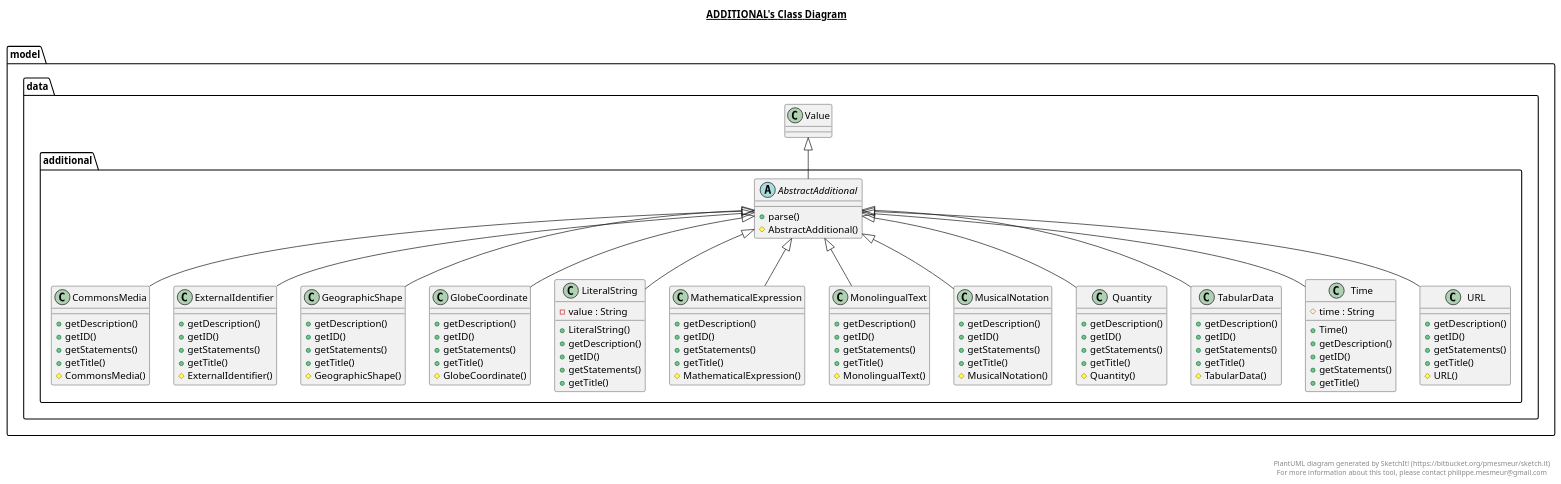
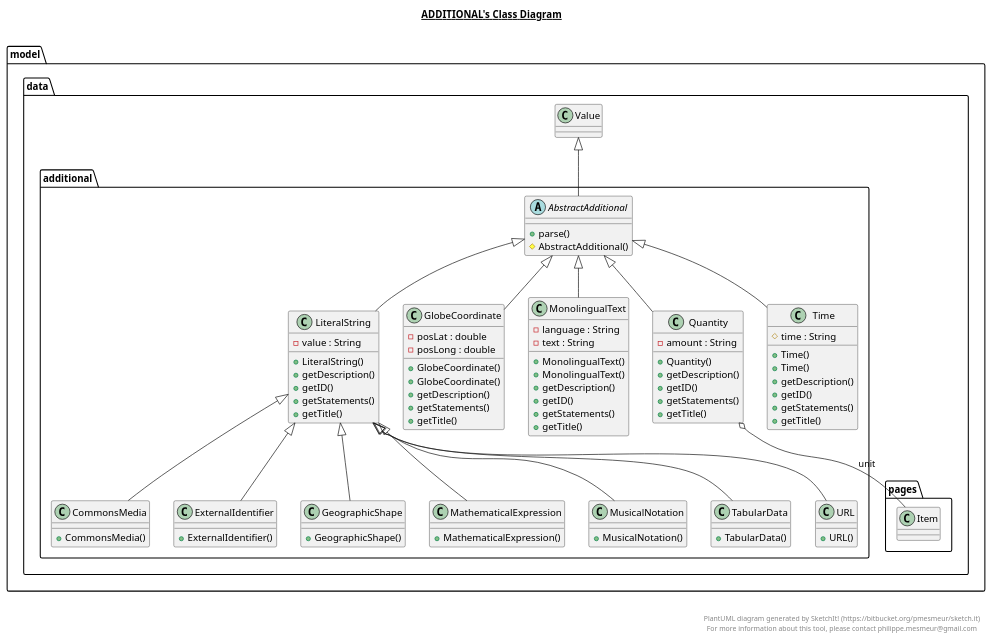
Before and after one commit to Bryce-MW/WikidataExplorer: the diagram in src/main/model/data/additional/additional.plantuml, drawn with PlantUML. The commit also changed 28 other files, not shown here.

Commit message:
Tested about as much as can reasonably be done without a lot of reflection. I've also updated diagrams, added an image diagram to the top level and a screenshot of my original UI design to the top level.

```diff
--- a/src/main/model/data/additional/additional.plantuml
+++ b/src/main/model/data/additional/additional.plantuml
@@ -1,195 +1,175 @@
 @startuml
 
 title __ADDITIONAL's Class Diagram__\n
 
   namespace model.data {
     namespace additional {
       abstract class model.data.additional.AbstractAdditional {
           + parse()
           # AbstractAdditional()
       }
     }
   }
   
 
   namespace model.data {
     namespace additional {
       class model.data.additional.CommonsMedia {
-          + getDescription()
-          + getID()
-          + getStatements()
-          + getTitle()
-          # CommonsMedia()
+          + CommonsMedia()
       }
     }
   }
   
 
   namespace model.data {
     namespace additional {
       class model.data.additional.ExternalIdentifier {
-          + getDescription()
-          + getID()
-          + getStatements()
-          + getTitle()
-          # ExternalIdentifier()
+          + ExternalIdentifier()
       }
     }
   }
   
 
   namespace model.data {
     namespace additional {
       class model.data.additional.GeographicShape {
-          + getDescription()
-          + getID()
-          + getStatements()
-          + getTitle()
-          # GeographicShape()
+          + GeographicShape()
       }
     }
   }
   
 
   namespace model.data {
     namespace additional {
       class model.data.additional.GlobeCoordinate {
+          - posLat : double
+          - posLong : double
+          + GlobeCoordinate()
+          + GlobeCoordinate()
           + getDescription()
-          + getID()
           + getStatements()
           + getTitle()
-          # GlobeCoordinate()
       }
     }
   }
   
 
   namespace model.data {
     namespace additional {
       class model.data.additional.LiteralString {
           - value : String
           + LiteralString()
           + getDescription()
           + getID()
           + getStatements()
           + getTitle()
       }
     }
   }
   
 
   namespace model.data {
     namespace additional {
       class model.data.additional.MathematicalExpression {
-          + getDescription()
-          + getID()
-          + getStatements()
-          + getTitle()
-          # MathematicalExpression()
+          + MathematicalExpression()
       }
     }
   }
   
 
   namespace model.data {
     namespace additional {
       class model.data.additional.MonolingualText {
+          - language : String
+          - text : String
+          + MonolingualText()
+          + MonolingualText()
           + getDescription()
           + getID()
           + getStatements()
           + getTitle()
-          # MonolingualText()
       }
     }
   }
   
 
   namespace model.data {
     namespace additional {
       class model.data.additional.MusicalNotation {
-          + getDescription()
-          + getID()
-          + getStatements()
-          + getTitle()
-          # MusicalNotation()
+          + MusicalNotation()
       }
     }
   }
   
 
   namespace model.data {
     namespace additional {
       class model.data.additional.Quantity {
+          - amount : String
+          + Quantity()
           + getDescription()
           + getID()
           + getStatements()
           + getTitle()
-          # Quantity()
       }
     }
   }
   
 
   namespace model.data {
     namespace additional {
       class model.data.additional.TabularData {
-          + getDescription()
-          + getID()
-          + getStatements()
-          + getTitle()
-          # TabularData()
+          + TabularData()
       }
     }
   }
   
 
   namespace model.data {
     namespace additional {
       class model.data.additional.Time {
           # time : String
+          + Time()
           + Time()
           + getDescription()
           + getID()
           + getStatements()
           + getTitle()
       }
     }
   }
   
 
   namespace model.data {
     namespace additional {
       class model.data.additional.URL {
-          + getDescription()
-          + getID()
-          + getStatements()
-          + getTitle()
-          # URL()
+          + URL()
       }
     }
   }
   
 
   model.data.additional.AbstractAdditional -up-|> model.data.Value
-  model.data.additional.CommonsMedia -up-|> model.data.additional.AbstractAdditional
-  model.data.additional.ExternalIdentifier -up-|> model.data.additional.AbstractAdditional
-  model.data.additional.GeographicShape -up-|> model.data.additional.AbstractAdditional
+  model.data.additional.CommonsMedia -up-|> model.data.additional.LiteralString
+  model.data.additional.ExternalIdentifier -up-|> model.data.additional.LiteralString
+  model.data.additional.GeographicShape -up-|> model.data.additional.LiteralString
   model.data.additional.GlobeCoordinate -up-|> model.data.additional.AbstractAdditional
   model.data.additional.LiteralString -up-|> model.data.additional.AbstractAdditional
-  model.data.additional.MathematicalExpression -up-|> model.data.additional.AbstractAdditional
+  model.data.additional.MathematicalExpression -up-|> model.data.additional.LiteralString
   model.data.additional.MonolingualText -up-|> model.data.additional.AbstractAdditional
-  model.data.additional.MusicalNotation -up-|> model.data.additional.AbstractAdditional
+  model.data.additional.MusicalNotation -up-|> model.data.additional.LiteralString
   model.data.additional.Quantity -up-|> model.data.additional.AbstractAdditional
-  model.data.additional.TabularData -up-|> model.data.additional.AbstractAdditional
+  model.data.additional.Quantity o-- model.data.pages.Item : unit
+  model.data.additional.TabularData -up-|> model.data.additional.LiteralString
   model.data.additional.Time -up-|> model.data.additional.AbstractAdditional
-  model.data.additional.URL -up-|> model.data.additional.AbstractAdditional
+  model.data.additional.URL -up-|> model.data.additional.LiteralString
 
 
 right footer
 
 
 PlantUML diagram generated by SketchIt! (https://bitbucket.org/pmesmeur/sketch.it)
 For more information about this tool, please contact philippe.mesmeur@gmail.com
 endfooter
 
 @enduml
```
